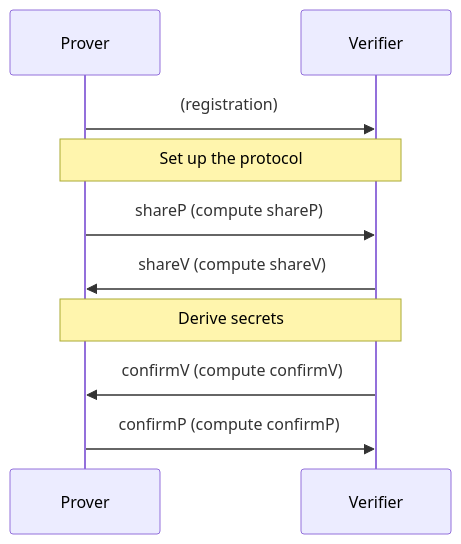
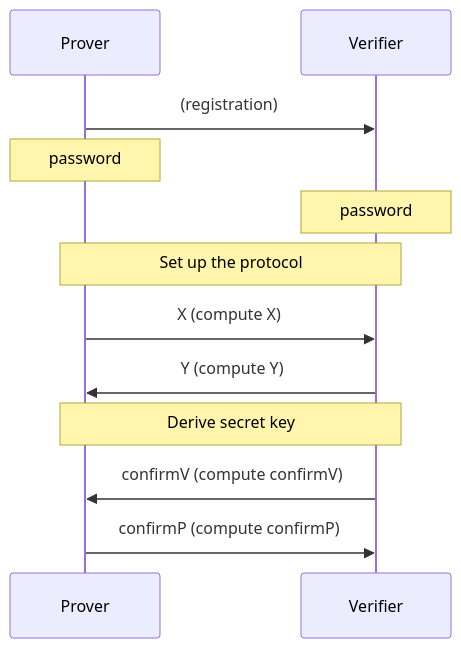
One commit to jiep/spake2plus changed the diagram in README.md. Above: the diagram before and after it, drawn with Mermaid.

Commit message:
Update diagram

````diff
--- a/README.md
+++ b/README.md
@@ -8,14 +8,16 @@
 ```mermaid
 
 sequenceDiagram
     participant Prover
     participant Verifier
 
     Prover->>Verifier: (registration)
+    Note over Prover: password
+    Note over Verifier: password
     Note over Prover,Verifier: Set up the protocol
-    Prover->>Verifier: shareP (compute shareP)
-    Verifier->>Prover: shareV (compute shareV)
-    Note over Prover,Verifier: Derive secrets
+    Prover->>Verifier: X (compute X)
+    Verifier->>Prover: Y (compute Y)
+    Note over Prover,Verifier: Derive secret key
     Verifier->>Prover: confirmV (compute confirmV)
     Prover->>Verifier: confirmP (compute confirmP)
 ```
````
